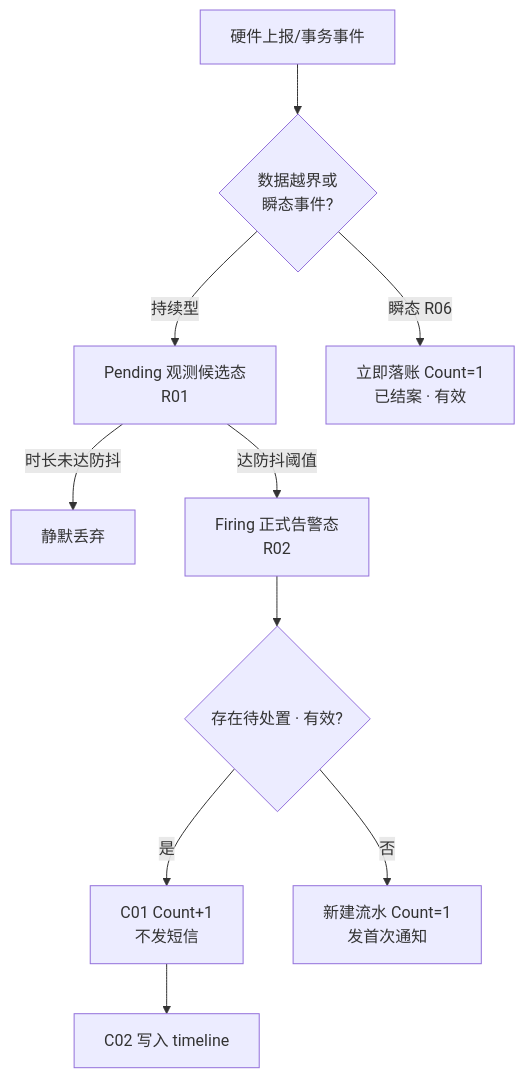
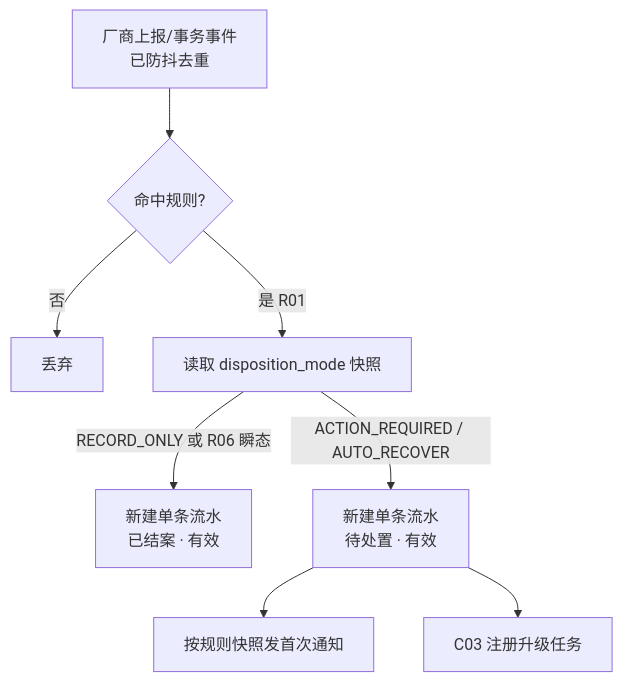
Before and after one commit to RobertHuang999/SYZC: the second of 3 diagrams in 02-PRD文档/B-迭代需求/6.2版本（2026.08）/02-预警信息/01设备预警信息/设备预警信息主PRD.md, drawn with Mermaid. The commit also changed other lines of this file and 121 other files, not shown here.

````diff
--- a/02-PRD文档/B-迭代需求/6.2版本（2026.08）/02-预警信息/01设备预警信息/设备预警信息主PRD.md
+++ b/02-PRD文档/B-迭代需求/6.2版本（2026.08）/02-预警信息/01设备预警信息/设备预警信息主PRD.md
@@ -100,12 +99,10 @@
 ```mermaid
 flowchart TD
-    IN[硬件上报/事务事件] --> CHK{数据越界或<br/>瞬态事件?}
-    CHK -->|持续型| PEND[Pending 观测候选态<br/>R01]
-    PEND -->|时长未达防抖| DROP[静默丢弃]
-    PEND -->|达防抖阈值| FIRE[Firing 正式告警态<br/>R02]
-    CHK -->|瞬态 R06| INST[立即落账 Count=1<br/>已结案 · 有效]
-    FIRE --> EXIST{存在待处置 · 有效?}
-    EXIST -->|是| AGG[C01 Count+1<br/>不发短信]
-    EXIST -->|否| NEW[新建流水 Count=1<br/>发首次通知]
-    AGG --> TL[C02 写入 timeline]
+    IN[厂商上报/事务事件<br/>已防抖去重] --> CHK{命中规则?}
+    CHK -->|否| DROP[丢弃]
+    CHK -->|是 R01| SNAP[读取 disposition_mode 快照]
+    SNAP -->|RECORD_ONLY 或 R06 瞬态| INST[新建单条流水<br/>已结案 · 有效]
+    SNAP -->|ACTION_REQUIRED / AUTO_RECOVER| NEW[新建单条流水<br/>待处置 · 有效]
+    NEW --> NOTIFY[按规则快照发首次通知]
+    NEW --> UP[C03 注册升级任务]
 ```
````
